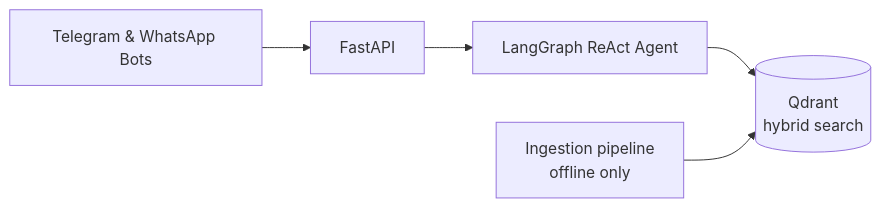
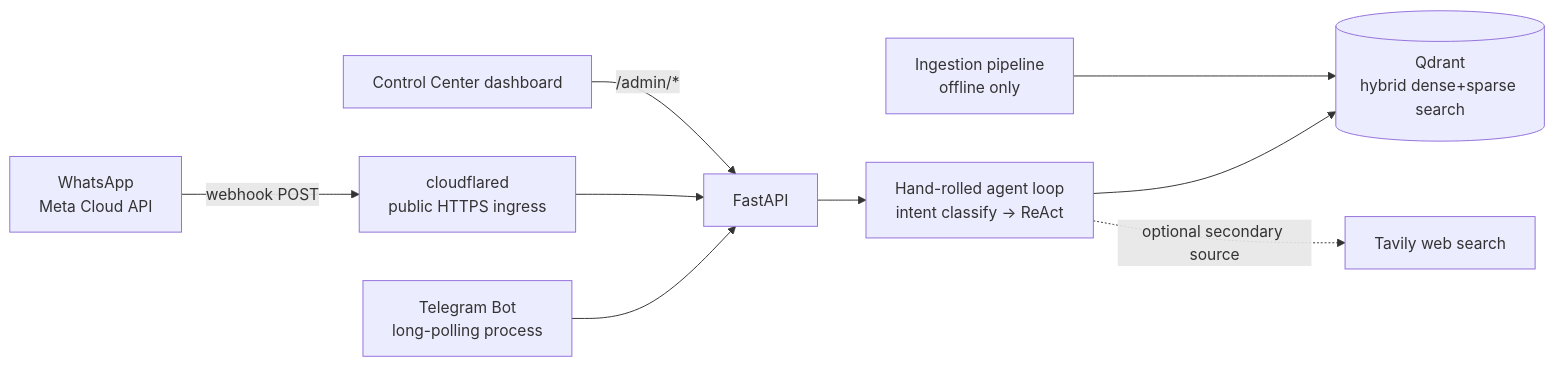
The diagram in README.md (jooaobrum/habitantes-grenoble-agent), drawn with Mermaid before and after one commit. The commit also changed other lines of this file and 45 other files, not shown here.

````diff
--- a/README.md
+++ b/README.md
@@ -9,7 +9,10 @@
 ```mermaid
 flowchart LR
-    TG[Telegram & WhatsApp Bots] --> API[FastAPI]
-    API --> Agent[LangGraph ReAct Agent]
-    Agent --> DB[(Qdrant<br>hybrid search)]
+    TG[Telegram Bot<br>long-polling process] --> API[FastAPI]
+    WA[WhatsApp<br>Meta Cloud API] -->|webhook POST| CF[cloudflared<br>public HTTPS ingress] --> API
+    API --> Agent[Hand-rolled agent loop<br>intent classify → ReAct]
+    Agent --> DB[(Qdrant<br>hybrid dense+sparse search)]
+    Agent -.->|optional secondary source| Web[Tavily web search]
+    Admin[Control Center dashboard] -->|/admin/*| API
     Ingest[Ingestion pipeline<br>offline only] --> DB
 ```
````
